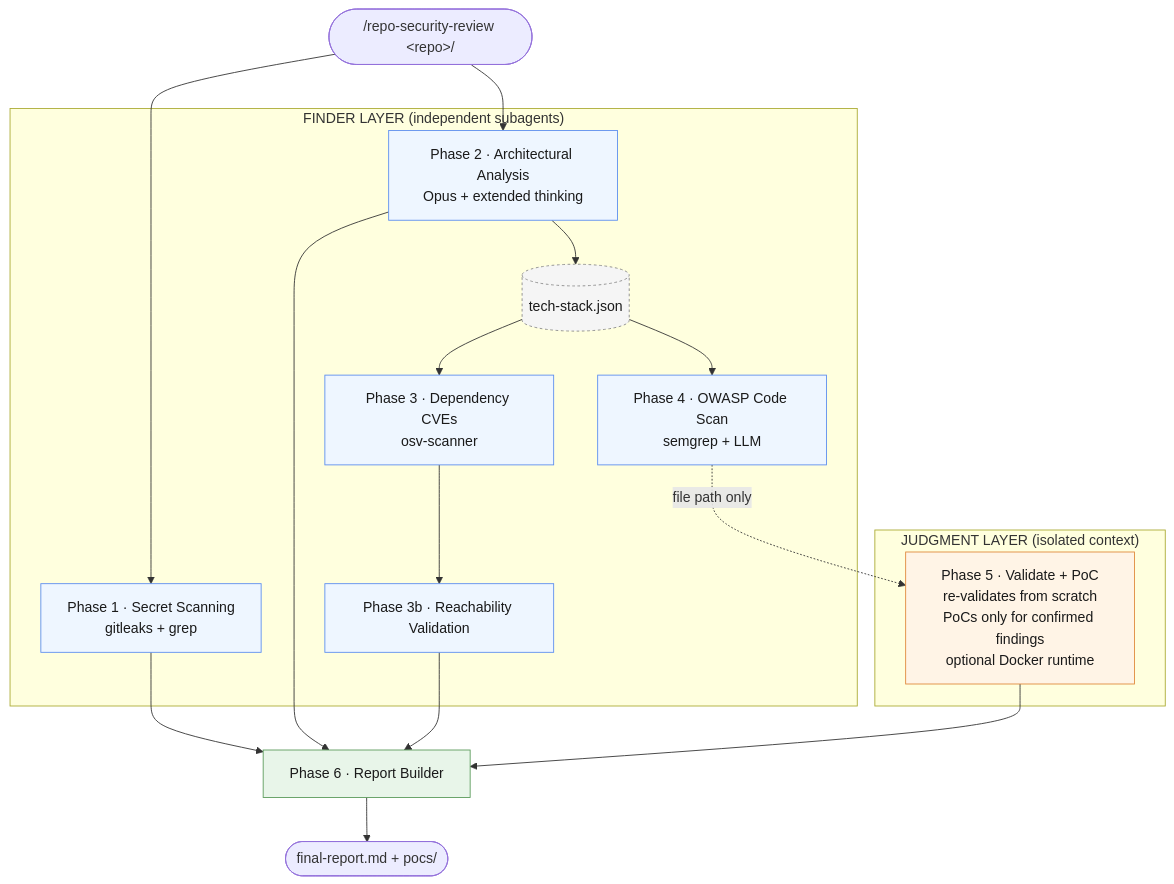
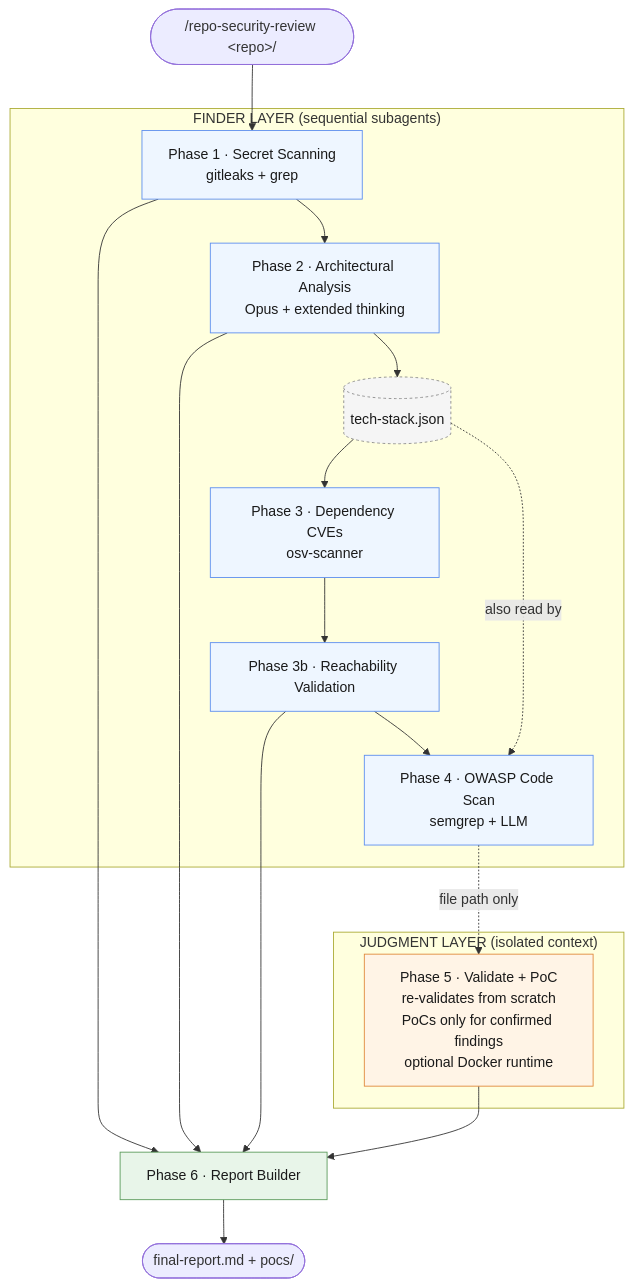
One commit to Consensys/repo-security-review changed the diagram in README.md. Above: the diagram before and after it, drawn with Mermaid. The commit also changed other lines of this file and 2 other files, not shown here.

Commit message:
Some other minor fixes

````diff
--- a/README.md
+++ b/README.md
@@ -122,40 +122,41 @@
 ```mermaid
 flowchart TD
     Start([/repo-security-review &lt;repo&gt;/]) --> P1
-    Start --> P2
 
-    subgraph FINDER["FINDER LAYER (independent subagents)"]
+    subgraph FINDER["FINDER LAYER (sequential subagents)"]
         P1[Phase 1 · Secret Scanning<br/>gitleaks + grep]
         P2[Phase 2 · Architectural Analysis<br/>Opus + extended thinking]
         TS[(tech-stack.json)]
         P3[Phase 3 · Dependency CVEs<br/>osv-scanner]
         P3b[Phase 3b · Reachability Validation]
         P4[Phase 4 · OWASP Code Scan<br/>semgrep + LLM]
 
+        P1 --> P2
         P2 --> TS
         TS --> P3
-        TS --> P4
         P3 --> P3b
+        P3b --> P4
+        TS -. also read by .-> P4
     end
 
     P4 -. file path only .-> P5
 
     subgraph JUDGMENT["JUDGMENT LAYER (isolated context)"]
         P5[Phase 5 · Validate + PoC<br/>re-validates from scratch<br/>PoCs only for confirmed findings<br/>optional Docker runtime]
     end
 
     P1 --> R[Phase 6 · Report Builder]
     P2 --> R
     P3b --> R
     P5 --> R
     R --> Out([final-report.md + pocs/])
 
     classDef finder fill:#eef6ff,stroke:#5b8def,color:#1a1a1a
     classDef judgment fill:#fff4e6,stroke:#e0883a,color:#1a1a1a
     classDef report fill:#e8f5e9,stroke:#5a9a5a,color:#1a1a1a
     classDef store fill:#f5f5f5,stroke:#888,color:#1a1a1a,stroke-dasharray: 3 3
     class P1,P2,P3,P3b,P4 finder
     class P5 judgment
     class R report
     class TS store
 ```
````
